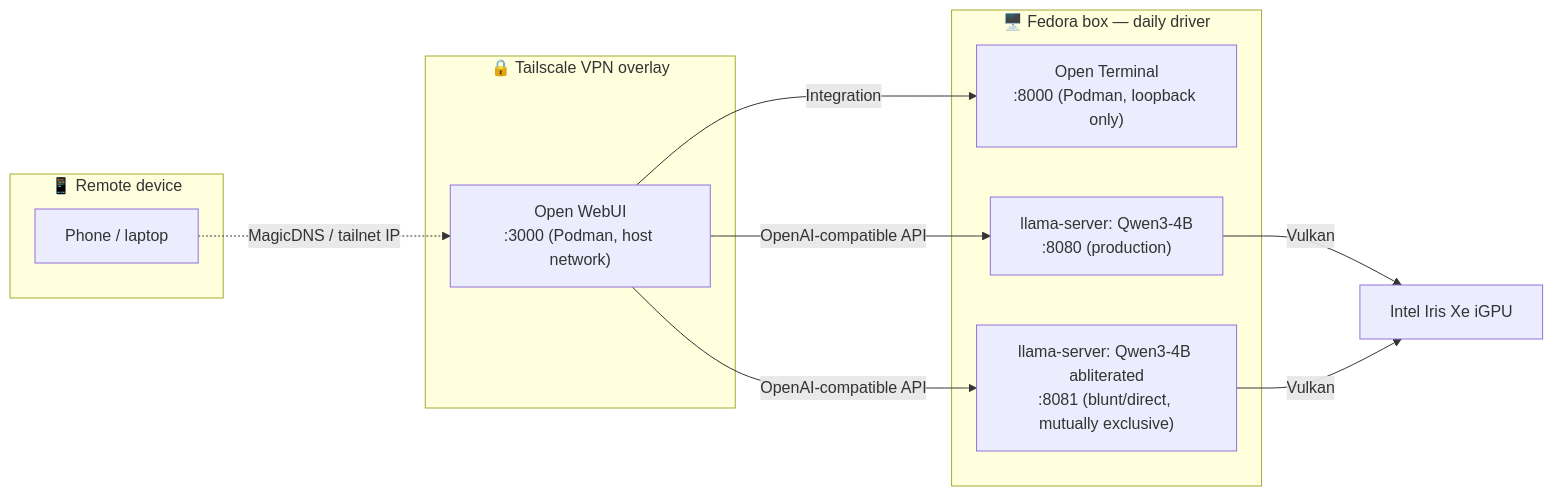
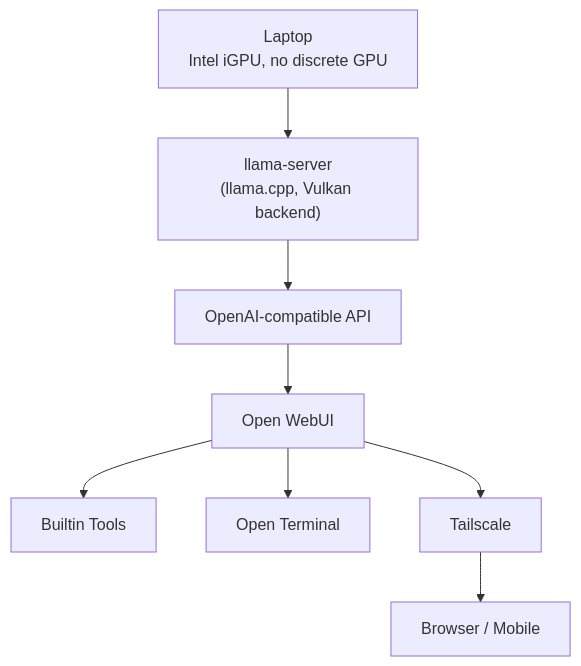
Before and after one commit to onkarbadve/LocalAI: the diagram in README.md, drawn with Mermaid. The commit also changed other lines of this file and 24 other files, not shown here.

````diff
--- a/README.md
+++ b/README.md
@@ -38,24 +53,10 @@
 ```mermaid
-flowchart LR
-    subgraph Remote["📱 Remote device"]
-        Phone[Phone / laptop]
-    end
-
-    subgraph Tailnet["🔒 Tailscale VPN overlay"]
-        Phone -.->|MagicDNS / tailnet IP| WebUI
-    end
-
-    subgraph Fedora["🖥️ Fedora box — daily driver"]
-        WebUI["Open WebUI<br/>:3000 (Podman, host network)"]
-        Term["Open Terminal<br/>:8000 (Podman, loopback only)"]
-        Qwen["llama-server: Qwen3-4B<br/>:8080 (production)"]
-        QwenU["llama-server: Qwen3-4B abliterated<br/>:8081 (blunt/direct, mutually exclusive)"]
-
-        WebUI -->|OpenAI-compatible API| Qwen
-        WebUI -->|OpenAI-compatible API| QwenU
-        WebUI -->|Integration| Term
-    end
-
-    Qwen -->|Vulkan| GPU["Intel Iris Xe iGPU"]
-    QwenU -->|Vulkan| GPU
+flowchart TD
+    Laptop["Laptop<br/>Intel iGPU, no discrete GPU"] --> Server["llama-server<br/>(llama.cpp, Vulkan backend)"]
+    Server --> API["OpenAI-compatible API"]
+    API --> WebUI["Open WebUI"]
+    WebUI --> Tools["Builtin Tools"]
+    WebUI --> Term["Open Terminal"]
+    WebUI --> TS["Tailscale"]
+    TS --> Remote["Browser / Mobile"]
 ```
````
